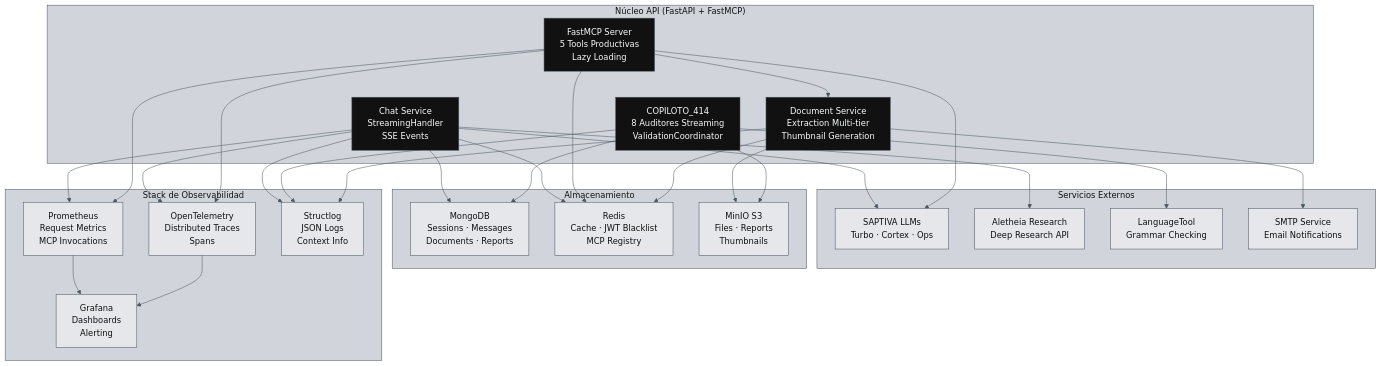
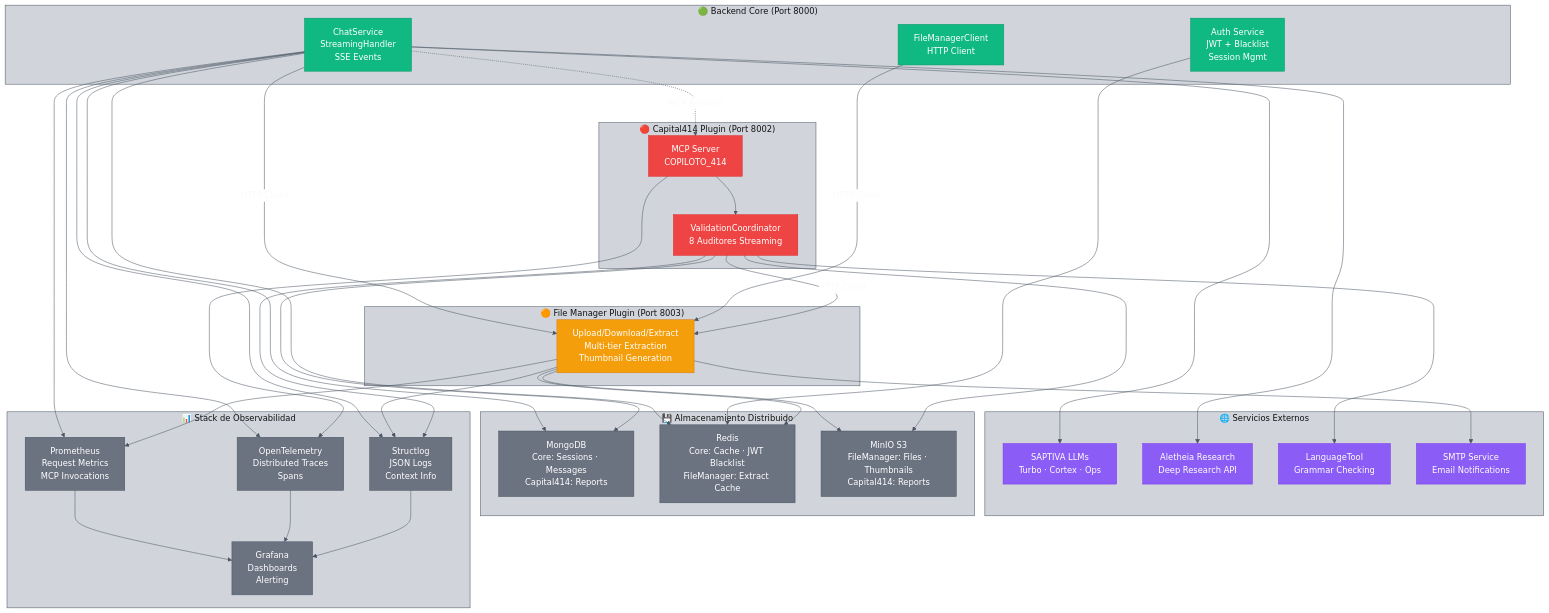
The fourth of 11 diagrams in README.md (saptiva-ai/octavios-chat), drawn with Mermaid before and after one commit. The commit also changed other lines of this file, not shown here.

First line of the commit message:
docs(README): complete Plugin-First architecture update (PHASE 2-3)

````diff
--- a/README.md
+++ b/README.md
@@ -322,60 +402,79 @@
 ```mermaid
 %%{init: {'theme': 'base', 'themeVariables': {'primaryColor': '#111111','primaryBorderColor': '#4b5563','primaryTextColor': '#f9fafb','lineColor': '#4b5563','secondaryColor': '#ffffff','secondaryBorderColor': '#4b5563','secondaryTextColor': '#111111','tertiaryColor': '#d1d5db','tertiaryBorderColor': '#4b5563','tertiaryTextColor': '#111111'}}}%%
 flowchart TB
-    subgraph Core["Núcleo API (FastAPI + FastMCP)"]
-        chat_core["Chat Service<br/>StreamingHandler<br/>SSE Events"]:::dark
-        mcp_core["FastMCP Server<br/>5 Tools Productivas<br/>Lazy Loading"]:::dark
-        audit_core["COPILOTO_414<br/>8 Auditores Streaming<br/>ValidationCoordinator"]:::dark
-        doc_core["Document Service<br/>Extraction Multi-tier<br/>Thumbnail Generation"]:::dark
+    subgraph Core["🟢 Backend Core (Port 8000)"]
+        chat_core["ChatService<br/>StreamingHandler<br/>SSE Events"]:::core
+        auth_core["Auth Service<br/>JWT + Blacklist<br/>Session Mgmt"]:::core
+        fm_client_core["FileManagerClient<br/>HTTP Client"]:::core
     end
 
-    subgraph External["Servicios Externos"]
-        saptiva["SAPTIVA LLMs<br/>Turbo · Cortex · Ops"]:::gray
-        aletheia["Aletheia Research<br/>Deep Research API"]:::gray
-        languagetool["LanguageTool<br/>Grammar Checking"]:::gray
-        smtp["SMTP Service<br/>Email Notifications"]:::gray
+    subgraph FileManager["🟠 File Manager Plugin (Port 8003)"]
+        fm_service["Upload/Download/Extract<br/>Multi-tier Extraction<br/>Thumbnail Generation"]:::plugin_public
     end
 
-    subgraph Storage["Almacenamiento"]
-        mongo["MongoDB<br/>Sessions · Messages<br/>Documents · Reports"]:::gray
-        redis["Redis<br/>Cache · JWT Blacklist<br/>MCP Registry"]:::gray
-        minio["MinIO S3<br/>Files · Reports<br/>Thumbnails"]:::gray
+    subgraph Capital414["🔴 Capital414 Plugin (Port 8002)"]
+        audit_service["MCP Server<br/>COPILOTO_414"]:::plugin_private
+        validation_coord["ValidationCoordinator<br/>8 Auditores Streaming"]:::plugin_private
     end
 
-    subgraph Observability["Stack de Observabilidad"]
-        prom["Prometheus<br/>Request Metrics<br/>MCP Invocations"]:::gray
-        otel["OpenTelemetry<br/>Distributed Traces<br/>Spans"]:::gray
-        logs["Structlog<br/>JSON Logs<br/>Context Info"]:::gray
-        grafana["Grafana<br/>Dashboards<br/>Alerting"]:::gray
+    subgraph External["🌐 Servicios Externos"]
+        saptiva["SAPTIVA LLMs<br/>Turbo · Cortex · Ops"]:::external
+        aletheia["Aletheia Research<br/>Deep Research API"]:::external
+        languagetool["LanguageTool<br/>Grammar Checking"]:::external
+        smtp["SMTP Service<br/>Email Notifications"]:::external
     end
 
+    subgraph Storage["💾 Almacenamiento Distribuido"]
+        mongo["MongoDB<br/>Core: Sessions · Messages<br/>Capital414: Reports"]:::infra
+        redis["Redis<br/>Core: Cache · JWT Blacklist<br/>FileManager: Extract Cache"]:::infra
+        minio["MinIO S3<br/>FileManager: Files · Thumbnails<br/>Capital414: Reports"]:::infra
+    end
+
+    subgraph Observability["📊 Stack de Observabilidad"]
+        prom["Prometheus<br/>Request Metrics<br/>MCP Invocations"]:::infra
+        otel["OpenTelemetry<br/>Distributed Traces<br/>Spans"]:::infra
+        logs["Structlog<br/>JSON Logs<br/>Context Info"]:::infra
+        grafana["Grafana<br/>Dashboards<br/>Alerting"]:::infra
+    end
+
+    %% Plugin-First Communication
+    chat_core -->|"HTTP Client"| fm_service
+    fm_client_core -->|"HTTP Client"| fm_service
+    chat_core -.->|"MCP Protocol"| audit_service
+    audit_service --> validation_coord
+    validation_coord -->|"HTTP Client"| fm_service
+
+    %% External Service Connections
     chat_core --> saptiva
     chat_core --> aletheia
-    mcp_core --> saptiva
-    mcp_core --> doc_core
-    audit_core --> languagetool
-    doc_core --> smtp
+    validation_coord --> languagetool
+    fm_service --> smtp
 
+    %% Storage Connections (Distributed)
     chat_core --> mongo
     chat_core --> redis
-    mcp_core --> redis
-    doc_core --> minio
-    doc_core --> redis
-    audit_core --> mongo
-    audit_core --> minio
+    auth_core --> redis
+    fm_service --> minio
+    fm_service --> redis
+    validation_coord --> mongo
+    validation_coord --> minio
 
+    %% Observability (Centralized)
     chat_core --> prom
     chat_core --> otel
     chat_core --> logs
-    mcp_core --> prom
-    mcp_core --> otel
-    audit_core --> logs
-    doc_core --> logs
+    fm_service --> prom
+    fm_service --> logs
+    audit_service --> otel
+    validation_coord --> logs
 
     prom --> grafana
     otel --> grafana
+    logs --> grafana
 
-    classDef dark fill:#111111,stroke:#4b5563,color:#f9fafb;
-    classDef light fill:#ffffff,stroke:#4b5563,color:#111111;
-    classDef gray fill:#e5e7eb,stroke:#4b5563,color:#111111;
+    classDef core fill:#10b981,stroke:#059669,color:#ffffff;
+    classDef plugin_public fill:#f59e0b,stroke:#d97706,color:#ffffff;
+    classDef plugin_private fill:#ef4444,stroke:#dc2626,color:#ffffff;
+    classDef external fill:#8b5cf6,stroke:#7c3aed,color:#ffffff;
+    classDef infra fill:#6b7280,stroke:#4b5563,color:#ffffff;
 ```
````
